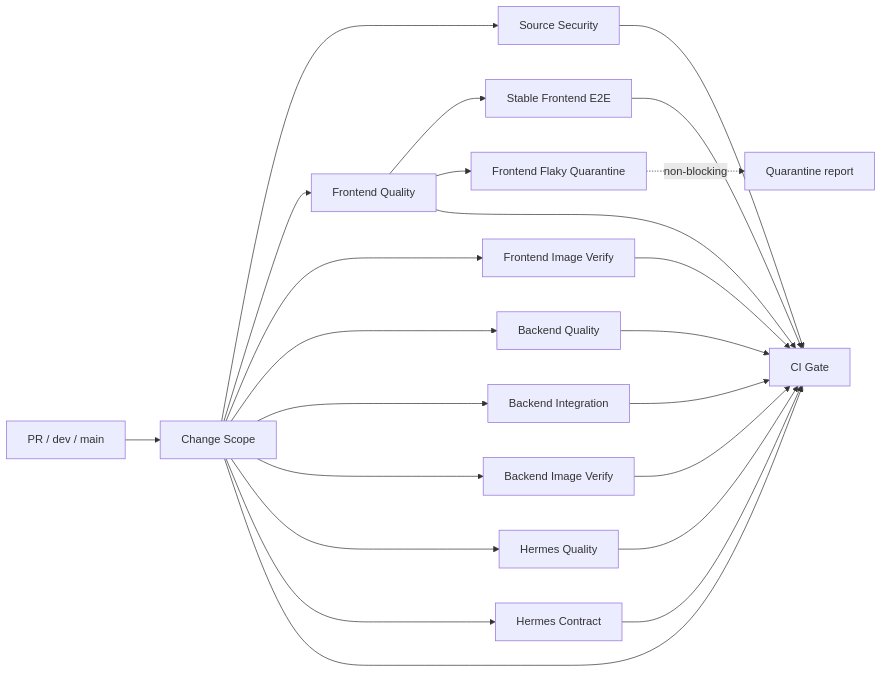
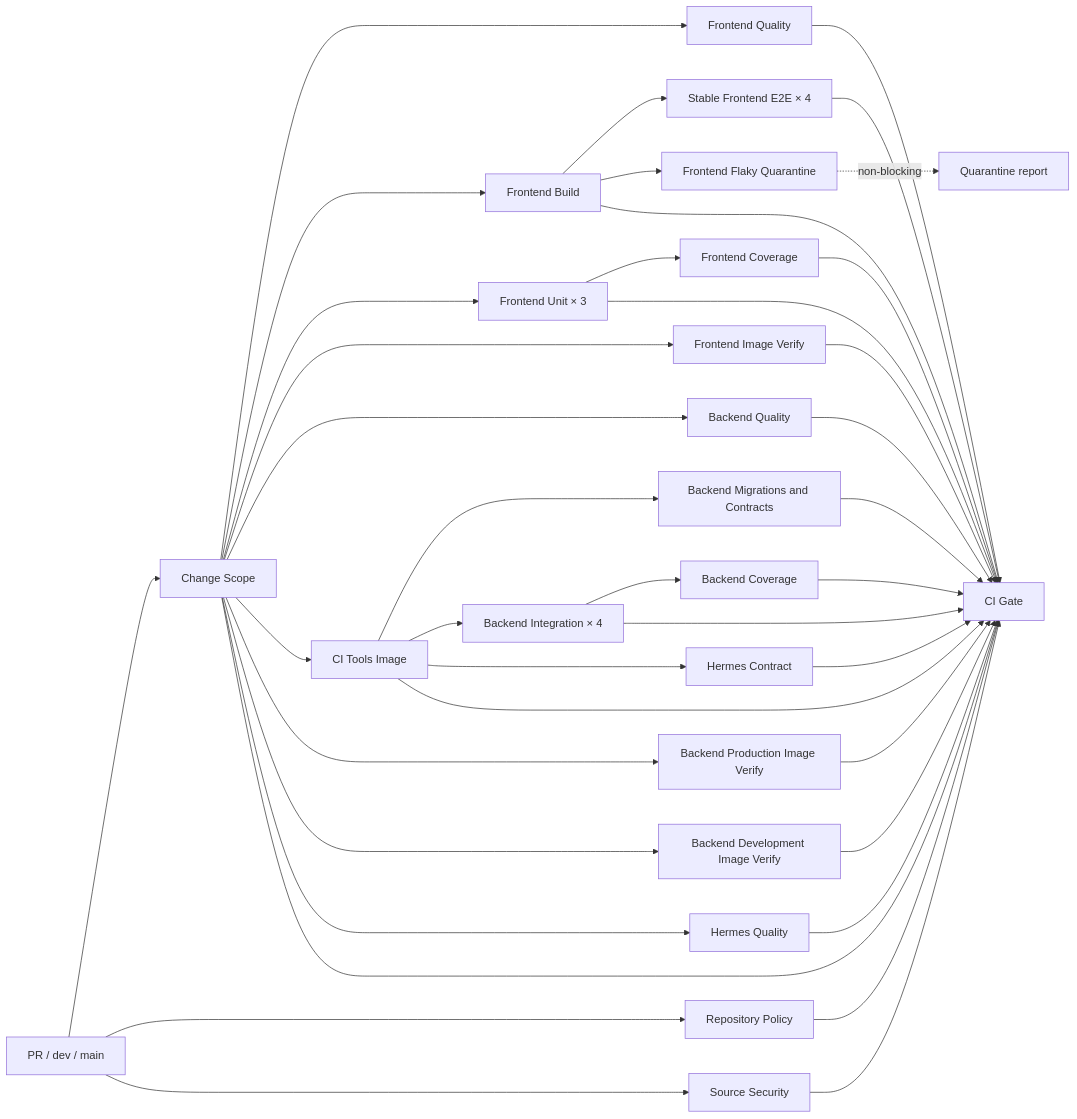
The diagram in .github/CI.md (Livzon-DS-Sector-AI-Innovation/Livzon-NX), drawn with Mermaid before and after one commit. The commit also changed other lines of this file and 22 other files, not shown here.

````diff
--- a/.github/CI.md
+++ b/.github/CI.md
@@ -9,25 +9,41 @@
 ```mermaid
 flowchart LR
   trigger["PR / dev / main"] --> scope["Change Scope"]
-  scope --> security["Source Security"]
+  trigger --> policy["Repository Policy"]
+  trigger --> security["Source Security"]
   scope --> frontend["Frontend Quality"]
+  scope --> frontendBuild["Frontend Build"]
+  scope --> unit["Frontend Unit × 3"]
+  unit --> coverage["Frontend Coverage"]
   scope --> frontendImage["Frontend Image Verify"]
-  frontend --> e2e["Stable Frontend E2E"]
-  frontend --> flaky["Frontend Flaky Quarantine"]
+  frontendBuild --> e2e["Stable Frontend E2E × 4"]
+  frontendBuild --> flaky["Frontend Flaky Quarantine"]
   scope --> backend["Backend Quality"]
-  scope --> integration["Backend Integration"]
-  scope --> image["Backend Image Verify"]
+  scope --> tools["CI Tools Image"]
+  tools --> backendMigrations["Backend Migrations and Contracts"]
+  tools --> integration["Backend Integration × 4"]
+  integration --> backendCoverage["Backend Coverage"]
+  scope --> prodImage["Backend Production Image Verify"]
+  scope --> devImage["Backend Development Image Verify"]
   scope --> hermes["Hermes Quality"]
-  scope --> contract["Hermes Contract"]
+  tools --> contract["Hermes Contract"]
   scope --> gate["CI Gate"]
+  policy --> gate
   security --> gate
   frontend --> gate
+  frontendBuild --> gate
+  unit --> gate
+  coverage --> gate
   frontendImage --> gate
   e2e --> gate
   backend --> gate
+  tools --> gate
+  backendMigrations --> gate
   integration --> gate
-  image --> gate
+  backendCoverage --> gate
+  prodImage --> gate
+  devImage --> gate
   hermes --> gate
   contract --> gate
   flaky -. non-blocking .-> report["Quarantine report"]
 ```
````
